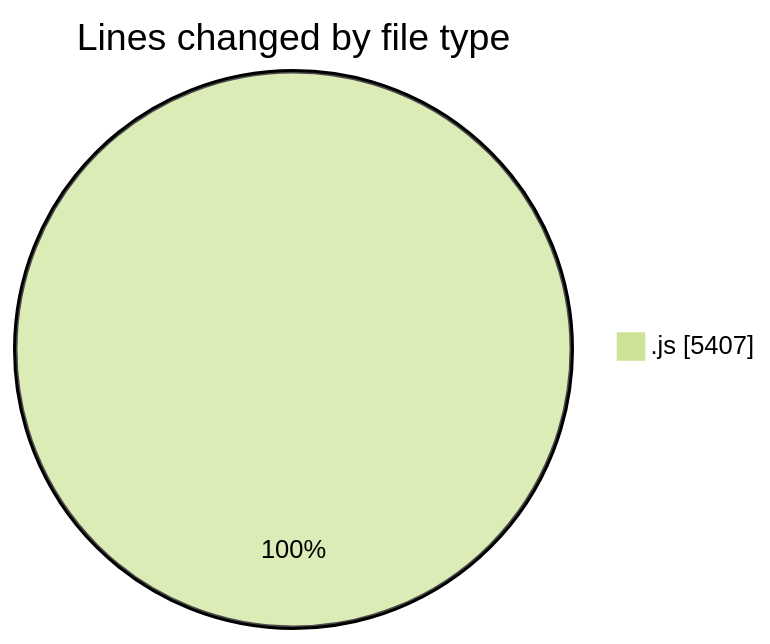
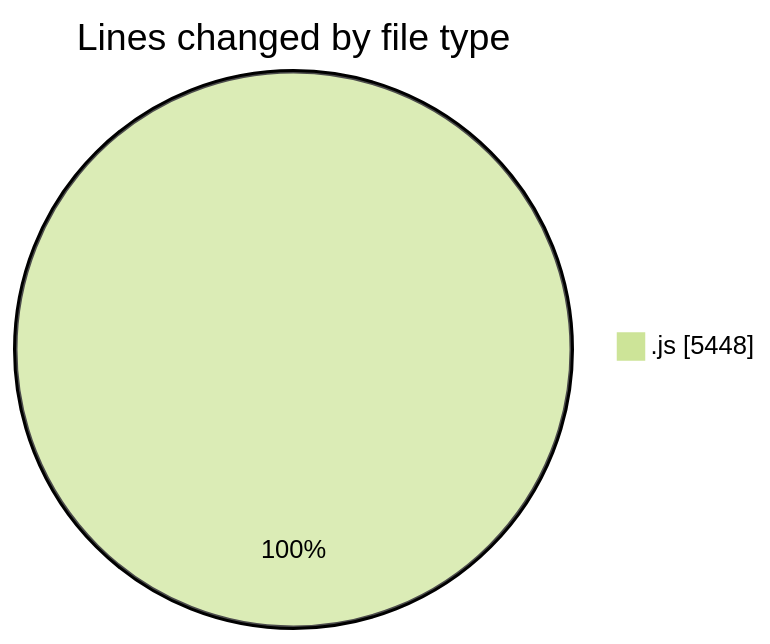
One commit to nxtqubesakshisongat/code-tracking changed the first of 2 diagrams in 2025-09-26/nxtqube_webapp/README.md. Above: the diagram before and after it, drawn with Mermaid (forest theme). The commit also changed other lines of this file and 1 other file, not shown here.

````diff
--- a/2025-09-26/nxtqube_webapp/README.md
+++ b/2025-09-26/nxtqube_webapp/README.md
@@ -21,5 +21,5 @@
 ```mermaid
 pie showData
 title Lines changed by file type
-".js" : 5407
+".js" : 5448
 ```
````
